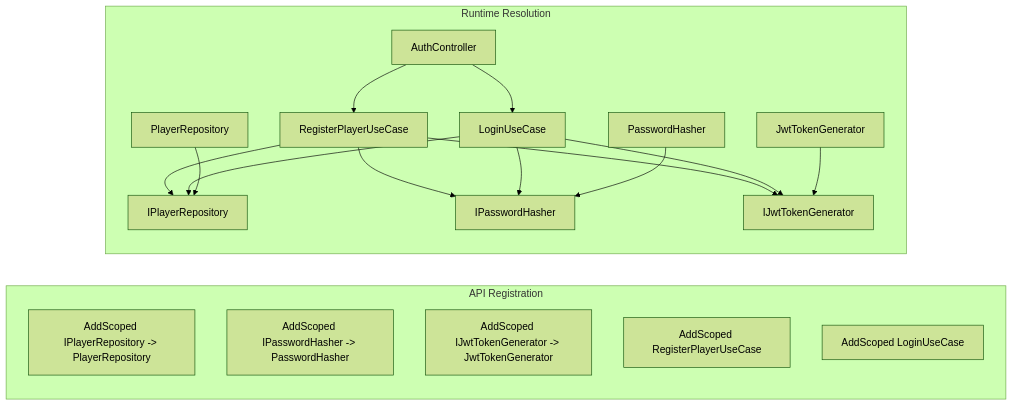
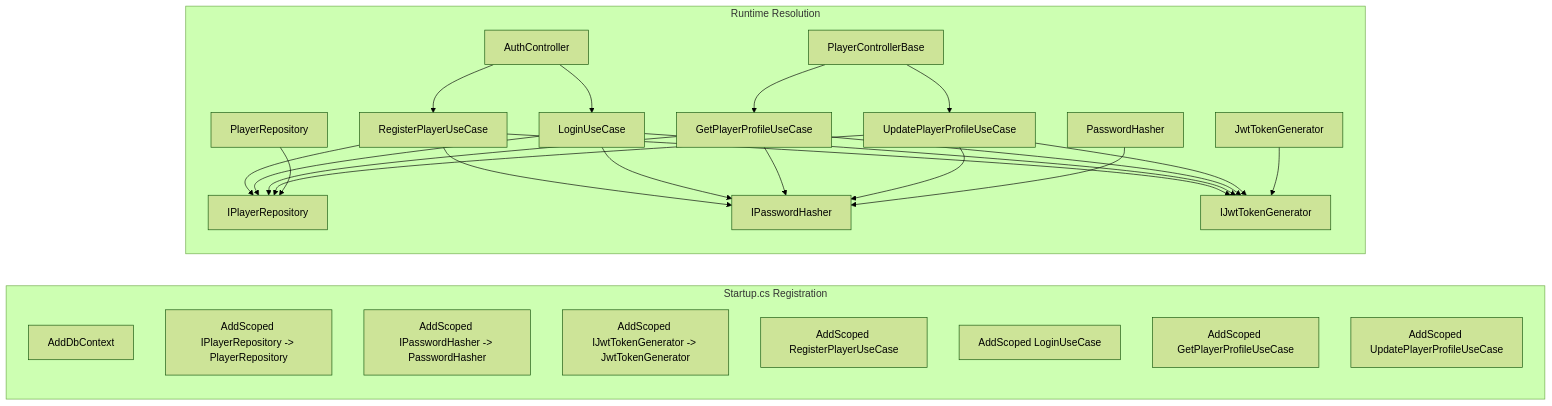
One commit to MuhammadFaizanQamar/game-backend-service changed the eighth of 8 diagrams in .qoder/repowiki/en/content/Architecture & Design/Dependency Injection & Service Registration.md. Above: the diagram before and after it, drawn with Mermaid (forest theme). The commit also changed other lines of this file and 62 other files, not shown here.

````diff
--- a/.qoder/repowiki/en/content/Architecture & Design/Dependency Injection & Service Registration.md
+++ b/.qoder/repowiki/en/content/Architecture & Design/Dependency Injection & Service Registration.md
@@ -358,23 +422,34 @@
 ```mermaid
 graph LR
-subgraph "API Registration"
+subgraph "Startup.cs Registration"
+DB["AddDbContext<GameDbContext>"]
 R1["AddScoped IPlayerRepository -> PlayerRepository"]
 R2["AddScoped IPasswordHasher -> PasswordHasher"]
 R3["AddScoped IJwtTokenGenerator -> JwtTokenGenerator"]
 R4["AddScoped RegisterPlayerUseCase"]
 R5["AddScoped LoginUseCase"]
+R6["AddScoped GetPlayerProfileUseCase"]
+R7["AddScoped UpdatePlayerProfileUseCase"]
 end
 subgraph "Runtime Resolution"
 C["AuthController"] --> UC1["RegisterPlayerUseCase"]
 C --> UC2["LoginUseCase"]
+PCB["PlayerControllerBase"] --> UC3["GetPlayerProfileUseCase"]
+PCB --> UC4["UpdatePlayerProfileUseCase"]
 UC1 --> IR["IPlayerRepository"]
 UC1 --> IH["IPasswordHasher"]
 UC1 --> IT["IJwtTokenGenerator"]
 UC2 --> IR
 UC2 --> IH
 UC2 --> IT
+UC3 --> IR
+UC3 --> IH
+UC3 --> IT
+UC4 --> IR
+UC4 --> IH
+UC4 --> IT
 PR["PlayerRepository"] --> IR
 PH["PasswordHasher"] --> IH
 JT["JwtTokenGenerator"] --> IT
 end
 ```
````
